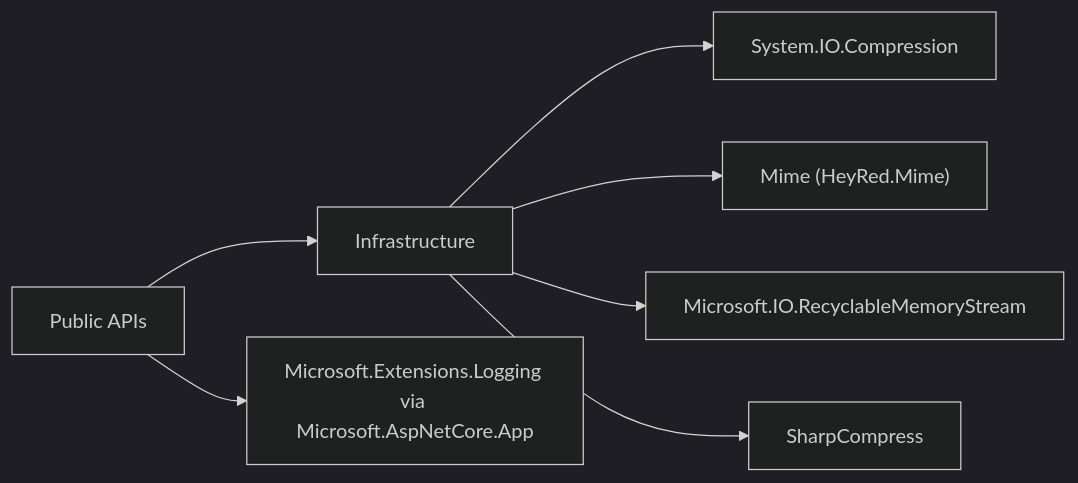
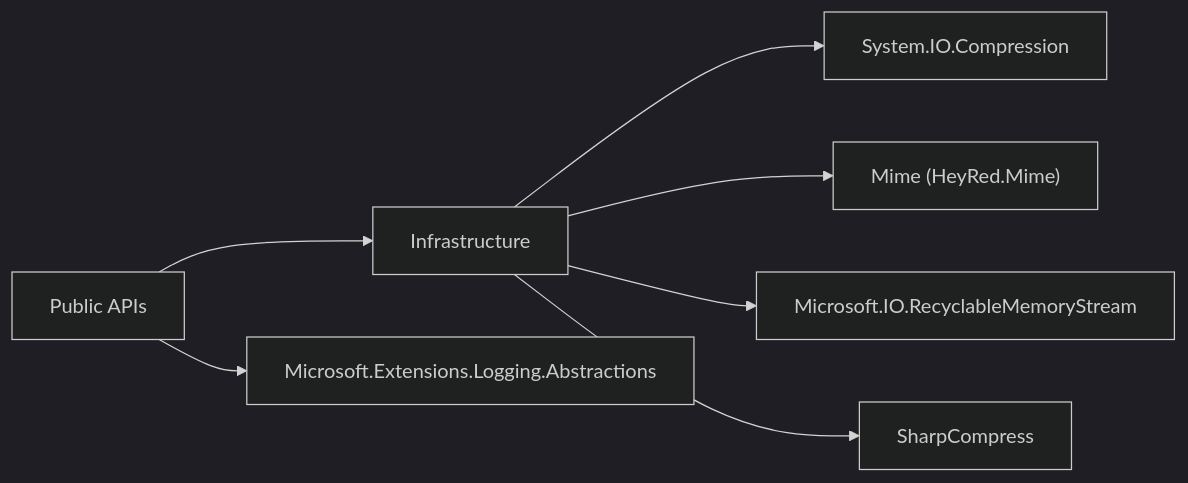
The diagram in docs/references/001_REFERENCES_CORE.MD (tomtastisch/FileClassifier), drawn with Mermaid (dark theme) before and after one commit. The commit also changed other lines of this file and 30 other files, not shown here.

````diff
--- a/docs/references/001_REFERENCES_CORE.MD
+++ b/docs/references/001_REFERENCES_CORE.MD
@@ -61,17 +61,17 @@
 ```mermaid
 flowchart LR
     API["Public APIs"]
     INF["Infrastructure"]
     ZIP["System.IO.Compression"]
     MIME["Mime (HeyRed.Mime)"]
     RMS["Microsoft.IO.RecyclableMemoryStream"]
     SHARP["SharpCompress"]
-    LOG["Microsoft.Extensions.Logging via Microsoft.AspNetCore.App"]
+    LOG["Microsoft.Extensions.Logging.Abstractions"]
 
     API --> INF
     INF --> ZIP
     INF --> MIME
     INF --> RMS
     INF --> SHARP
     API --> LOG
 ```
````
